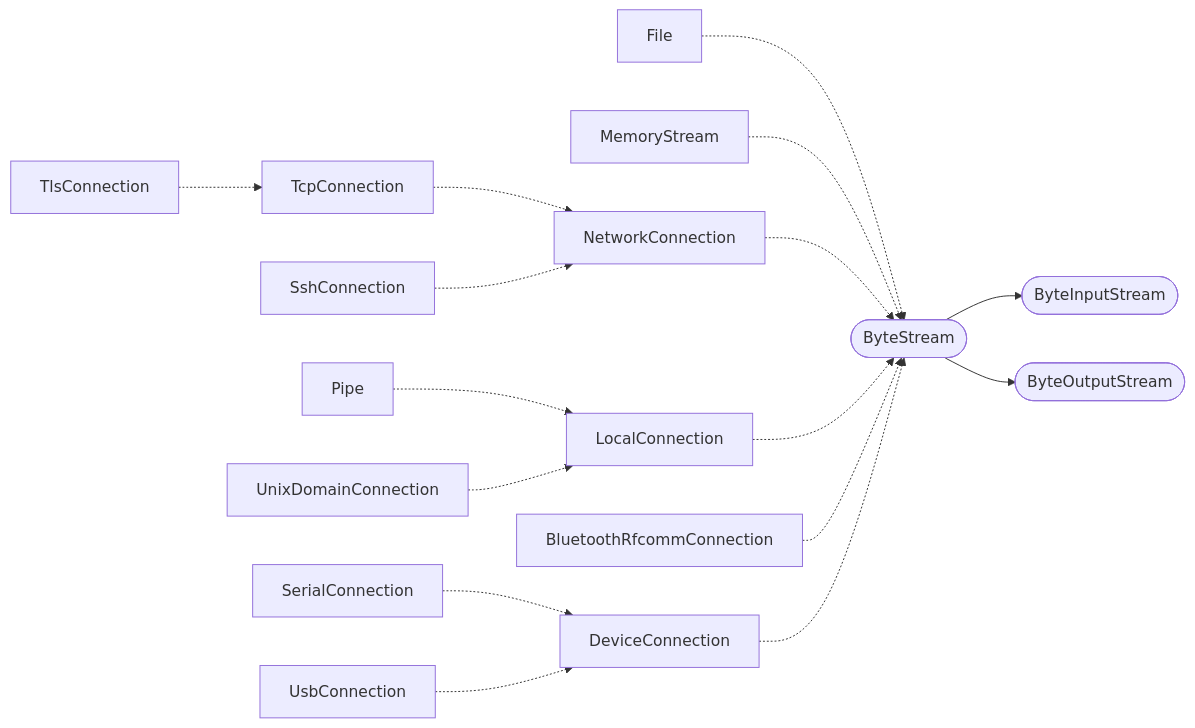
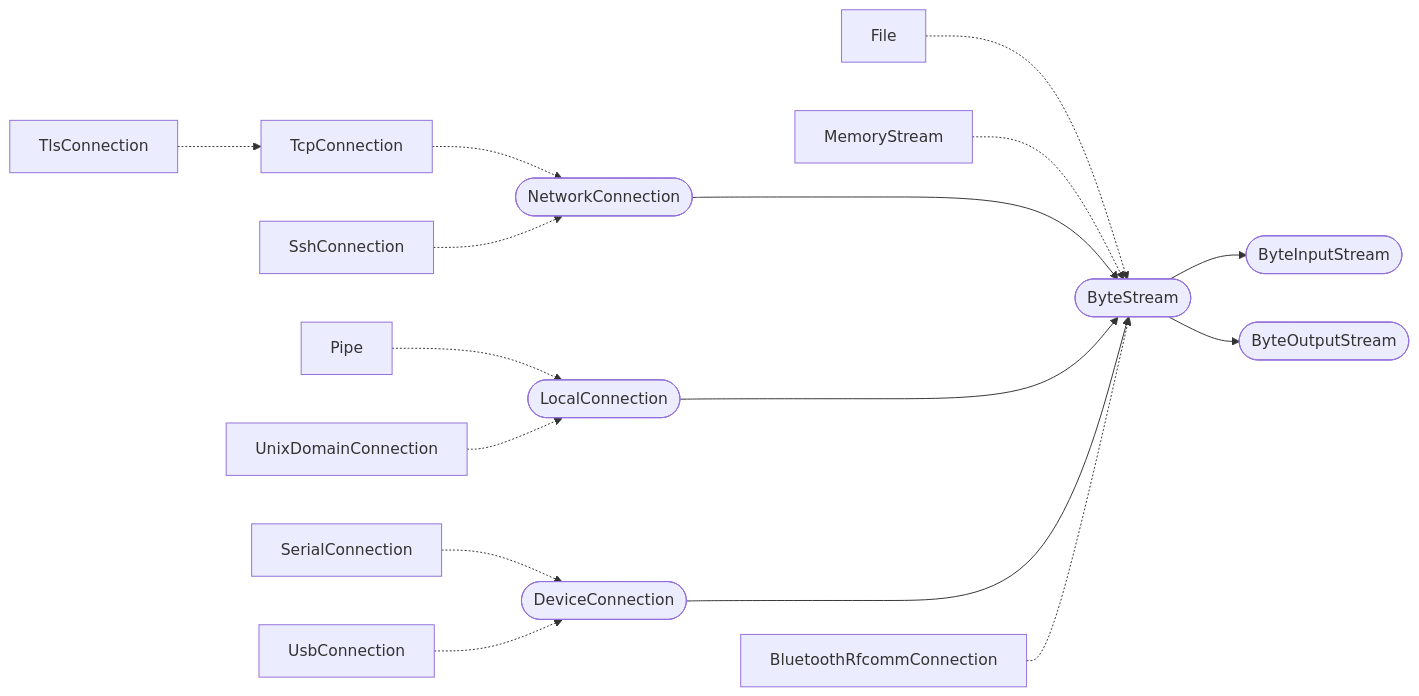
Before and after one commit to laro/Cilia: the diagram in 2 Standard Lib/7 ByteStream & IO.md, drawn with Mermaid.

Commit message:
Update 7 ByteStream & IO.md

````diff
--- a/2 Standard Lib/7 ByteStream & IO.md
+++ b/2 Standard Lib/7 ByteStream & IO.md
@@ -137,41 +137,41 @@
 ```mermaid
 %%{init: {'themeVariables': {'fontFamily': 'monospace'}}}%%
 flowchart LR
     File[File]
     MemoryStream[MemoryStream]
-    NetworkConnection[NetworkConnection]
+    NetworkConnection([NetworkConnection])
     TcpConnection[TcpConnection]
     TlsConnection[TlsConnection]
     SshConnection[SshConnection]
-    LocalConnection[LocalConnection]
+    LocalConnection([LocalConnection])
     Pipe[Pipe]
     UnixDomainConnection[UnixDomainConnection]
-    BluetoothRfcommConnection[BluetoothRfcommConnection]
-    DeviceConnection[DeviceConnection]
+    DeviceConnection([DeviceConnection])
     SerialConnection[SerialConnection]
     UsbConnection[UsbConnection]
+    BluetoothRfcommConnection[BluetoothRfcommConnection]
     
     ByteStream([ByteStream])
     ByteInputStream([ByteInputStream])
     ByteOutputStream([ByteOutputStream])
     
     File -.-> ByteStream
     MemoryStream -.-> ByteStream
-    NetworkConnection -.-> ByteStream
-    LocalConnection -.-> ByteStream
+    NetworkConnection ---> ByteStream
+    LocalConnection ---> ByteStream
+    DeviceConnection ---> ByteStream
     BluetoothRfcommConnection -.-> ByteStream
-    DeviceConnection -.-> ByteStream
     
     TcpConnection -.-> NetworkConnection
     TlsConnection -.-> TcpConnection
     SshConnection -.-> NetworkConnection
     
     Pipe -.-> LocalConnection
     UnixDomainConnection -.-> LocalConnection
     
     SerialConnection -.-> DeviceConnection
     UsbConnection -.-> DeviceConnection
     
     ByteStream --> ByteInputStream
     ByteStream --> ByteOutputStream
 ```
````
